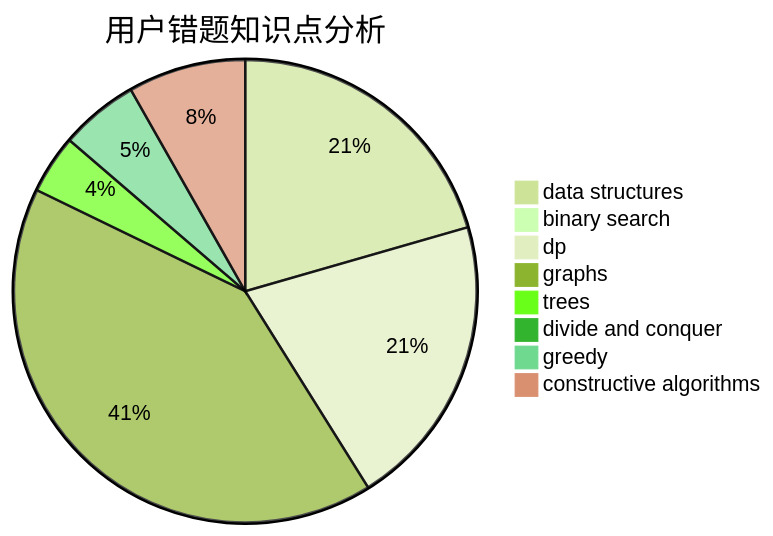
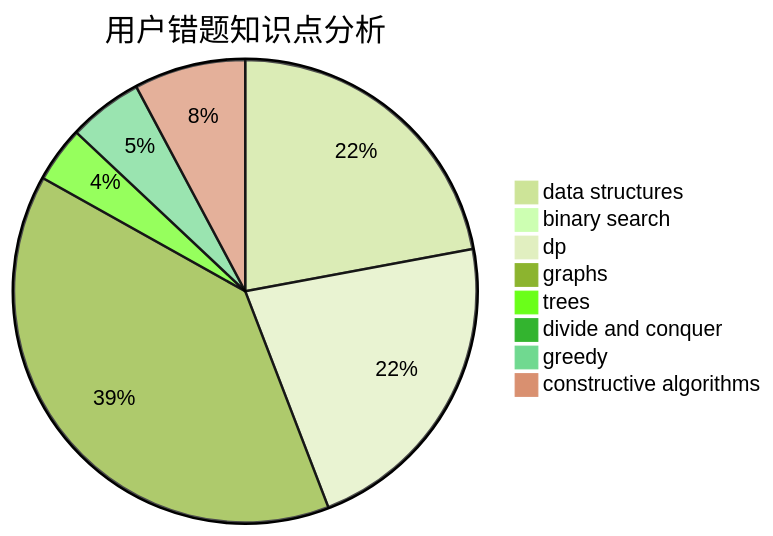
Before and after one commit to sherpahu/cfrs.github.io: the third of 3 diagrams in docs/user/u171.md, drawn with Mermaid (forest theme). The commit also changed other lines of this file and 2770 other files, not shown here.

````diff
--- a/docs/user/u171.md
+++ b/docs/user/u171.md
@@ -36,11 +36,11 @@
 ```mermaid
 pie title 用户错题知识点分析
-    "data structures" :  15
+    "data structures" :  17
     "binary search" :  0
-    "dp" :  15
+    "dp" :  17
     "graphs" :  30
     "trees" :  3
     "divide and conquer" :  0
     "greedy" :  4
     "constructive algorithms" :  6
 ```
````
